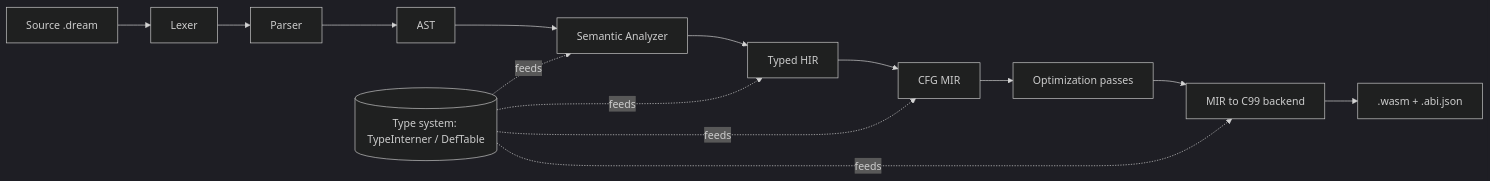
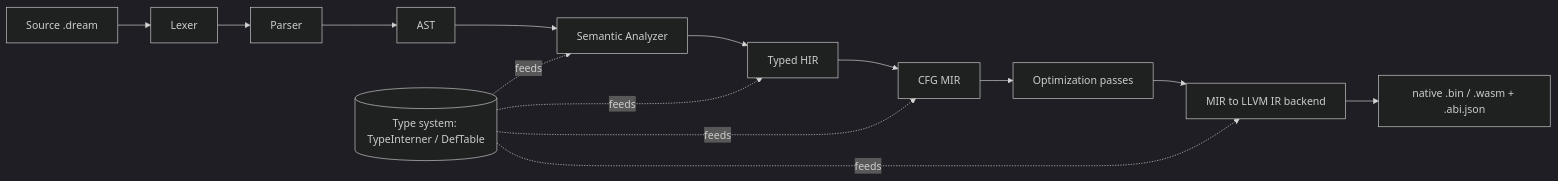
One commit to sps014/dream changed the first of 2 diagrams in docs/internals/README.md. Above: the diagram before and after it, drawn with Mermaid (dark theme). The commit also changed other lines of this file and 212 other files, not shown here.

First line of the commit message:
Replace the C backend with a pure LLVM backend

````diff
--- a/docs/internals/README.md
+++ b/docs/internals/README.md
@@ -38,17 +37,17 @@
 ```mermaid
 flowchart LR
     SRC[Source .dream] --> LEX[Lexer]
     LEX --> PAR[Parser]
     PAR --> AST[AST]
     AST --> SEMA[Semantic Analyzer]
     SEMA --> HIR[Typed HIR]
     HIR --> MIR[CFG MIR]
     MIR --> OPT[Optimization passes]
-    OPT --> C99[MIR to C99 backend]
-    C99 --> WASM[.wasm + .abi.json]
+    OPT --> LL[MIR to LLVM IR backend]
+    LL --> OUT[native .bin / .wasm + .abi.json]
 
     TYPES[(Type system: TypeInterner / DefTable)] -.feeds.-> SEMA
     TYPES -.feeds.-> HIR
     TYPES -.feeds.-> MIR
-    TYPES -.feeds.-> C99
+    TYPES -.feeds.-> LL
 ```
````
